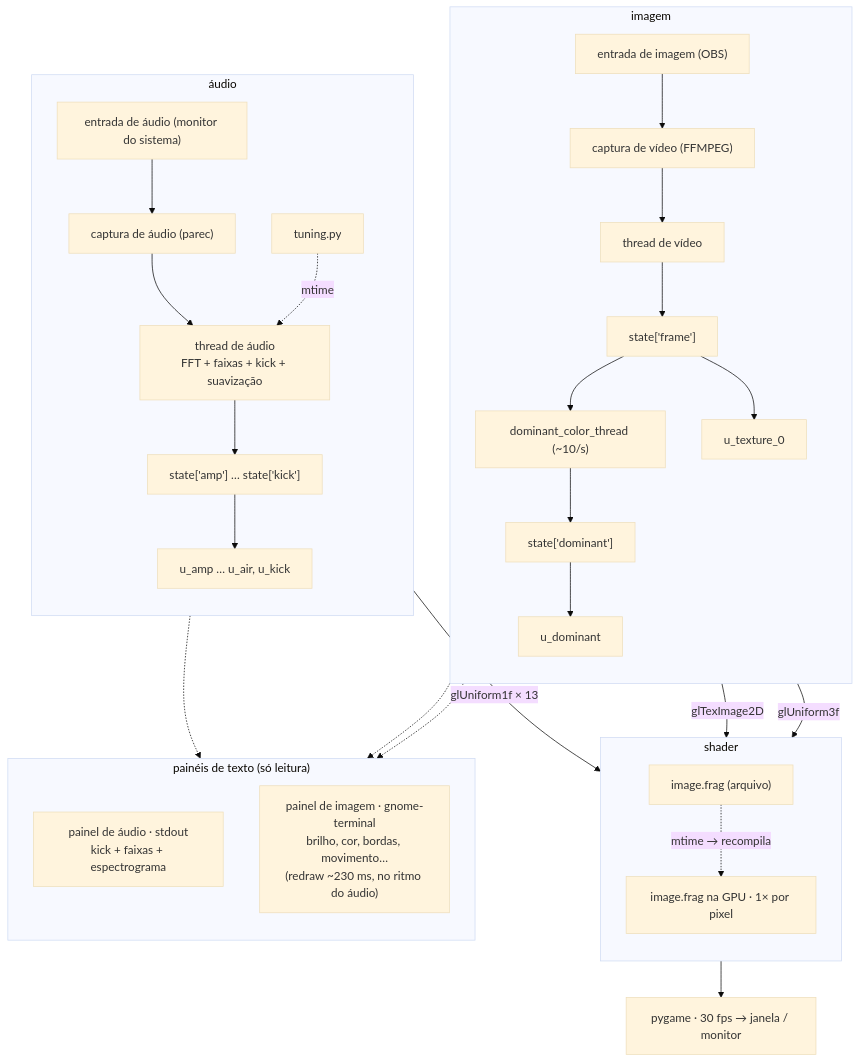
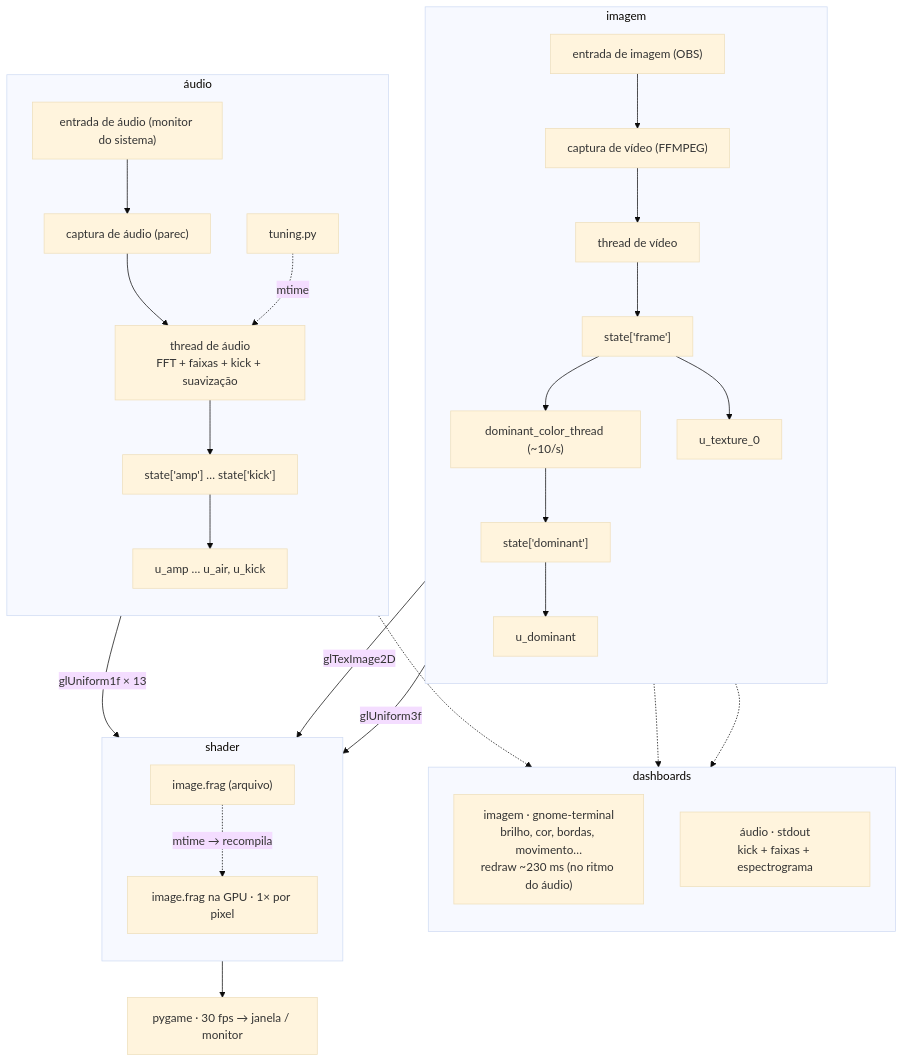
The first of 2 diagrams in README.md (paulocremas/cremas-synth-lab), drawn with Mermaid (base theme) before and after one commit. The commit also changed other lines of this file, not shown here.

Commit message:
Flow 1: dashboards subgraph between the two pipelines, shader centered below
Declaration order imagem / dashboards / áudio; dashboards fed from both sides
so it lands center; shader is fully downstream so it sits centered at the
bottom. Revert "painel" back to "dashboard".

````diff
--- a/README.md
+++ b/README.md
@@ -43,42 +43,42 @@
 ```mermaid
 flowchart TD
     subgraph IMG_SIDE["imagem"]
         direction TB
         IMG["entrada de imagem (OBS)"] --> CAPV["captura de vídeo (FFMPEG)"]
         CAPV --> VT["thread de vídeo"]
         VT --> SF["state['frame']"]
         SF --> DCT["dominant_color_thread (~10/s)"]
         DCT --> SD["state['dominant']"]
         SF --> UTEX["u_texture_0"]
         SD --> UDOM["u_dominant"]
     end
 
+    subgraph MON["dashboards"]
+        direction TB
+        MON_I["imagem · gnome-terminal<br/>brilho, cor, bordas, movimento…<br/>redraw ~230 ms (no ritmo do áudio)"]
+        MON_A["áudio · stdout<br/>kick + faixas + espectrograma"]
+    end
+
     subgraph AUD_SIDE["áudio"]
         direction TB
         AUD["entrada de áudio (monitor do sistema)"] --> CAPA["captura de áudio (parec)"]
         CAPA --> AT["thread de áudio<br/>FFT + faixas + kick + suavização"]
         AT --> SA["state['amp'] … state['kick']"]
         SA --> UAUD["u_amp … u_air, u_kick"]
         TUN["tuning.py"] -.->|"mtime"| AT
     end
+
+    SF -.-> MON_I
+    SD -.-> MON_I
+    AT -.-> MON_A
 
     subgraph SH["shader"]
         direction TB
         FRAG["image.frag (arquivo)"] -.->|"mtime → recompila"| GPU["image.frag na GPU · 1× por pixel"]
     end
 
     UTEX -->|"glTexImage2D"| GPU
     UDOM -->|"glUniform3f"| GPU
     UAUD -->|"glUniform1f × 13"| GPU
     GPU --> WIN["pygame · 30 fps → janela / monitor"]
-
-    subgraph PANELS["painéis de texto (só leitura)"]
-        direction TB
-        PANEL_A["painel de áudio · stdout<br/>kick + faixas + espectrograma"]
-        PANEL_I["painel de imagem · gnome-terminal<br/>brilho, cor, bordas, movimento…<br/>(redraw ~230 ms, no ritmo do áudio)"]
-    end
-
-    AT -.-> PANEL_A
-    SF -.-> PANEL_I
-    SD -.-> PANEL_I
 ```
````
